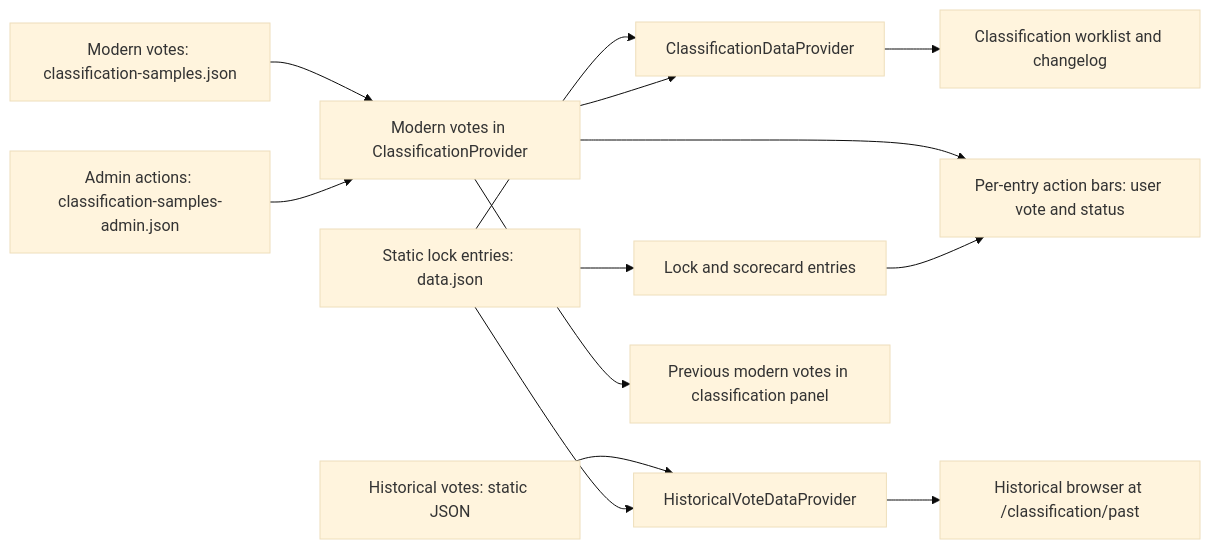
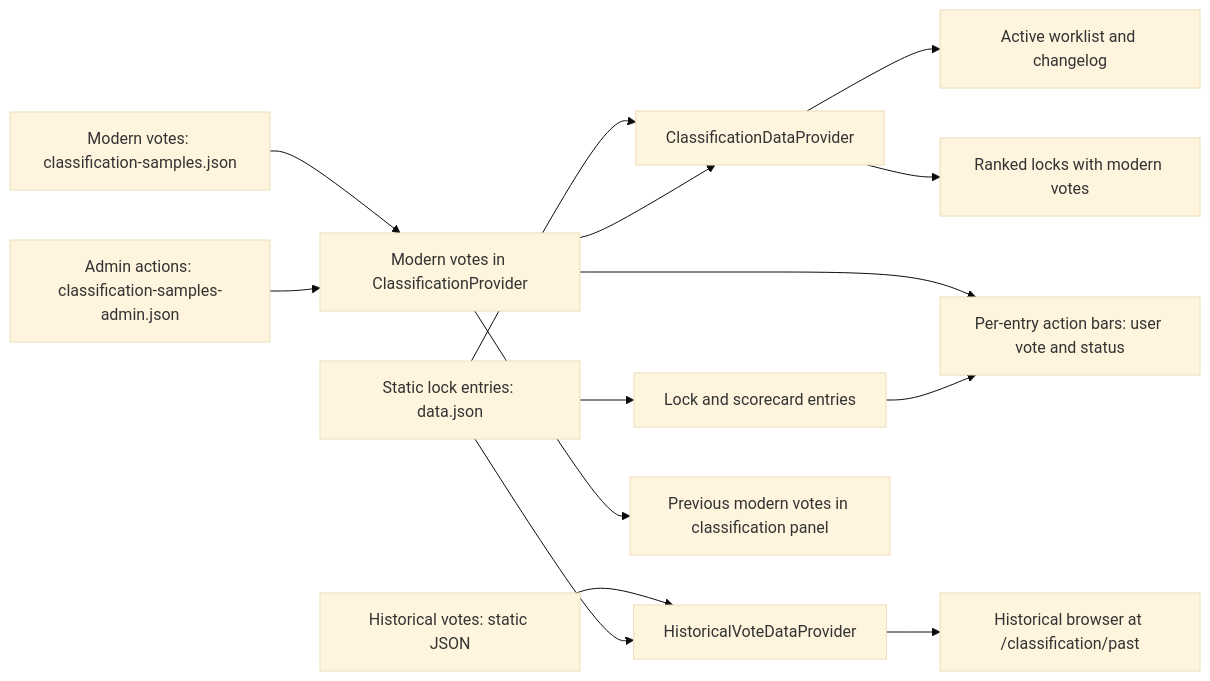
The diagram in internal-docs/classification-functionality-overview.md (Lockpickers-United/lpu-belt-explorer), drawn with Mermaid (base theme) before and after one commit. The commit also changed other lines of this file and 10 other files, not shown here.

````diff
--- a/internal-docs/classification-functionality-overview.md
+++ b/internal-docs/classification-functionality-overview.md
@@ -28,15 +29,16 @@
 ```mermaid
 flowchart LR
     L[Static lock entries: data.json] --> C[ClassificationDataProvider]
     V[Modern votes: classification-samples.json] --> P[Modern votes in ClassificationProvider]
     H[Historical votes: static JSON] --> HP[HistoricalVoteDataProvider]
     A[Admin actions: classification-samples-admin.json] --> P
     P --> C
-    C --> W[Classification worklist and changelog]
+    C --> W[Active worklist and changelog]
+    C --> Ranked[Ranked locks with modern votes]
     L --> HP
     HP --> Past[Historical browser at /classification/past]
     P --> B[Per-entry action bars: user vote and status]
     L --> K[Lock and scorecard entries]
     K --> B
     P --> D[Previous modern votes in classification panel]
 ```
````
